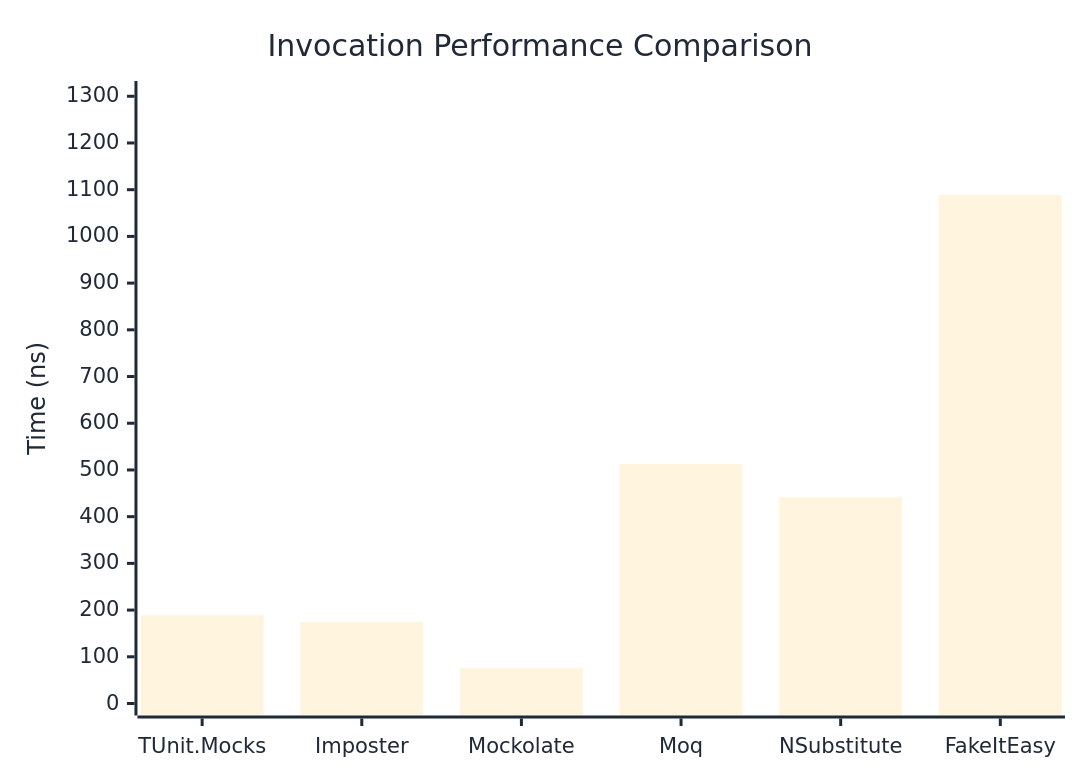
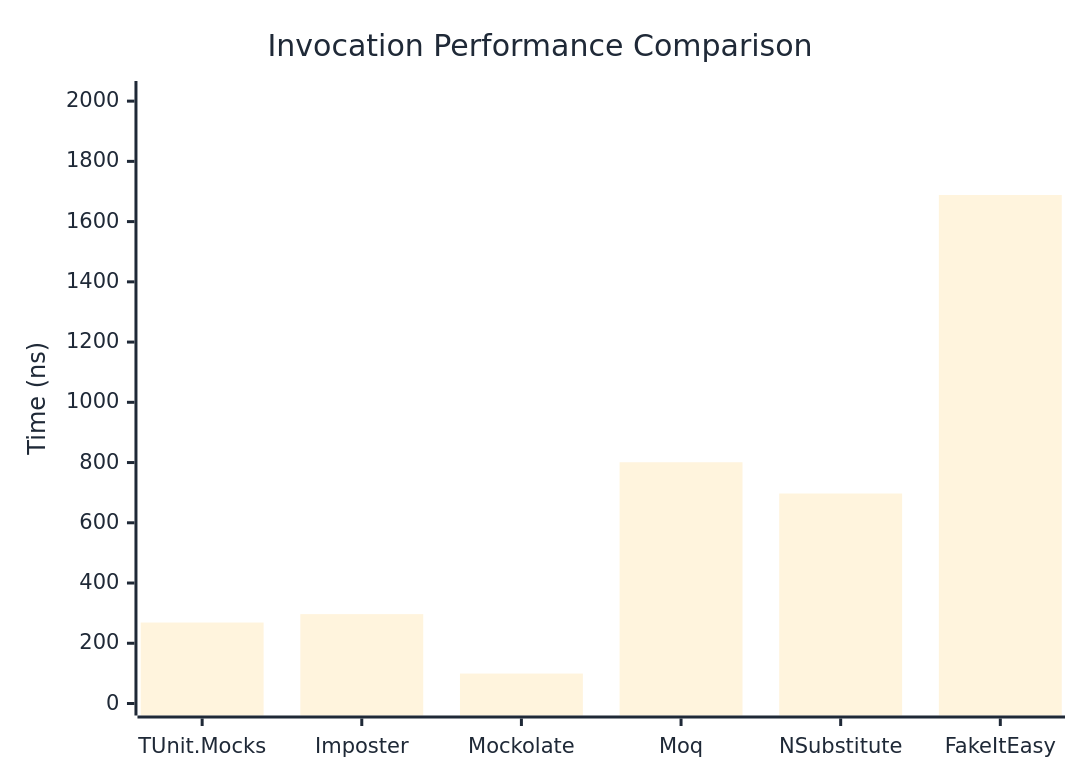
Before and after one commit to thomhurst/TUnit: the first of 3 diagrams in docs/docs/benchmarks/mocks/Invocation.md, drawn with Mermaid. The commit also changed other lines of this file and 14 other files, not shown here.

````diff
--- a/docs/docs/benchmarks/mocks/Invocation.md
+++ b/docs/docs/benchmarks/mocks/Invocation.md
@@ -30,27 +30,27 @@
 ```mermaid
 %%{init: {
   'theme':'base',
   'themeVariables': {
     'primaryColor': '#2563eb',
     'primaryTextColor': '#1f2937',
     'primaryBorderColor': '#1e40af',
     'lineColor': '#6b7280',
     'secondaryColor': '#7c3aed',
     'tertiaryColor': '#dc2626',
     'background': '#ffffff',
     'pie1': '#2563eb',
     'pie2': '#7c3aed',
     'pie3': '#dc2626',
     'pie4': '#f59e0b',
     'pie5': '#10b981',
     'pie6': '#06b6d4',
     'pie7': '#ec4899',
     'pie8': '#6366f1'
   }
 }}%%
 xychart-beta
   title "Invocation Performance Comparison"
   x-axis ["TUnit.Mocks", "Imposter", "Mockolate", "Moq", "NSubstitute", "FakeItEasy"]
-  y-axis "Time (ns)" 0 --> 1307
-  bar [188.96, 174.94, 75.42, 512.41, 441.39, 1089.02]
+  y-axis "Time (ns)" 0 --> 2027
+  bar [268.85, 296.74, 99.43, 801.02, 697.21, 1688.37]
 ```
````
